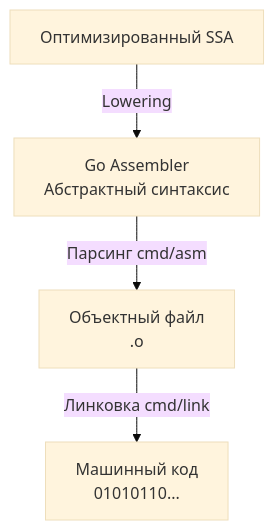
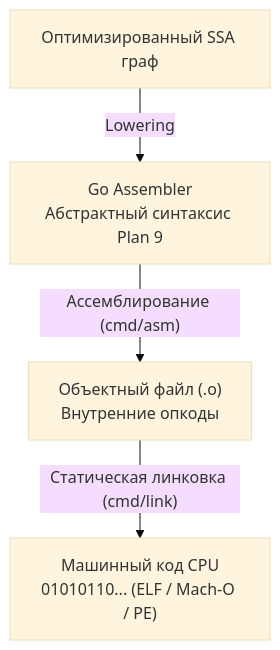
The diagram in sources/7. Глубокий Go (Внутреннее устройство)/5. Go assembler и внутренний ассемблерный синтаксис.md (UnrealTemplier/go-textbook), drawn with Mermaid (base theme) before and after one commit. The commit also changed other lines of this file, not shown here.

````diff
--- a/sources/7. Глубокий Go (Внутреннее устройство)/5. Go assembler и внутренний ассемблерный синтаксис.md
+++ b/sources/7. Глубокий Go (Внутреннее устройство)/5. Go assembler и внутренний ассемблерный синтаксис.md
@@ -12,6 +13,6 @@
 ```mermaid
 flowchart TD
-    SSA["Оптимизированный SSA"] -->|"Lowering"| GOASM["Go Assembler<br>Абстрактный синтаксис"]
-    GOASM -->|"Парсинг cmd/asm"| OBJ["Объектный файл<br>.o"]
-    OBJ -->|"Линковка cmd/link"| MACHINE["Машинный код<br>01010110..."]
+    SSA["Оптимизированный SSA граф"] -->|"Lowering"| GOASM["Go Assembler<br>Абстрактный синтаксис Plan 9"]
+    GOASM -->|"Ассемблирование (cmd/asm)"| OBJ["Объектный файл (.o)<br>Внутренние опкоды"]
+    OBJ -->|"Статическая линковка (cmd/link)"| MACHINE["Машинный код CPU<br>01010110... (ELF / Mach-O / PE)"]
 ```
````
